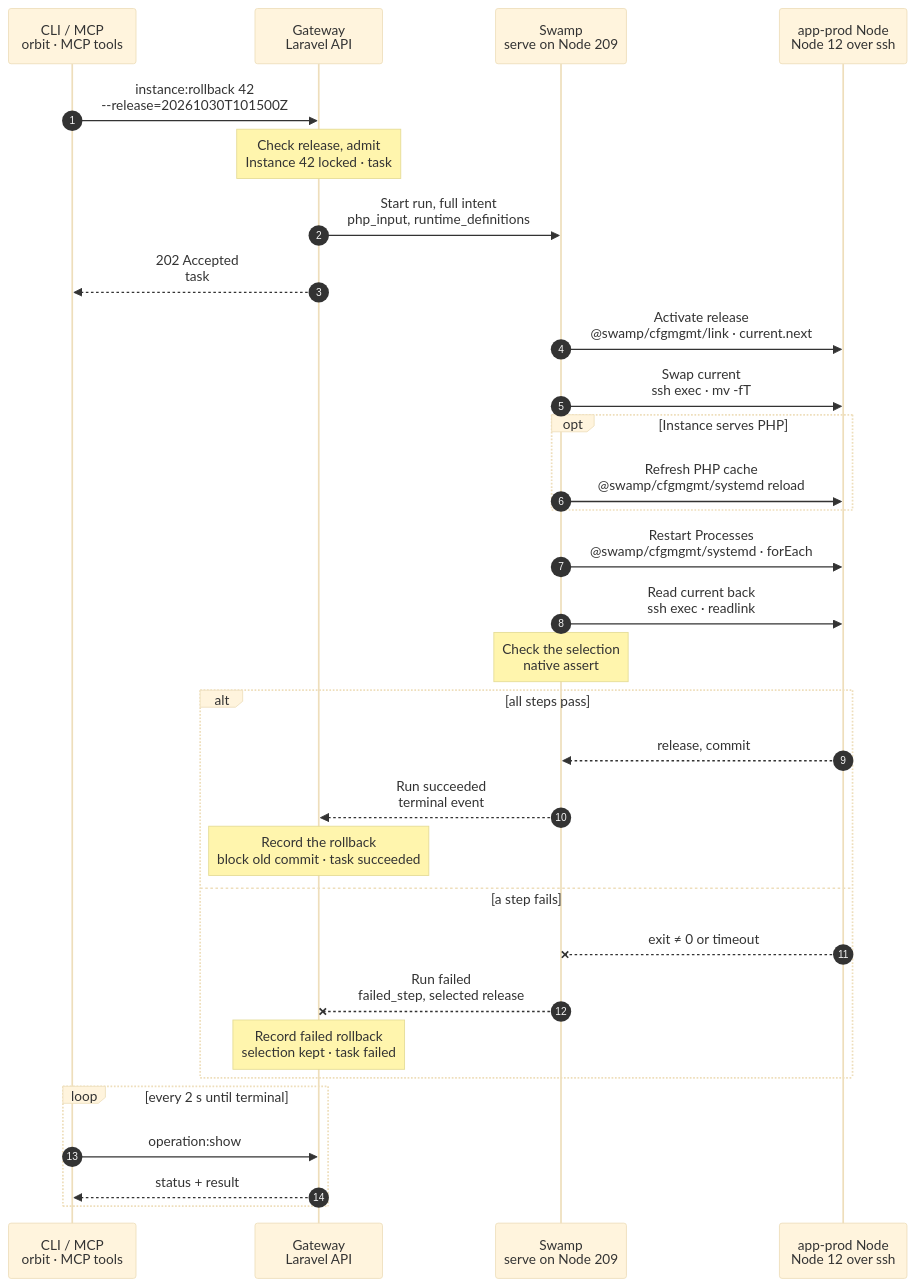
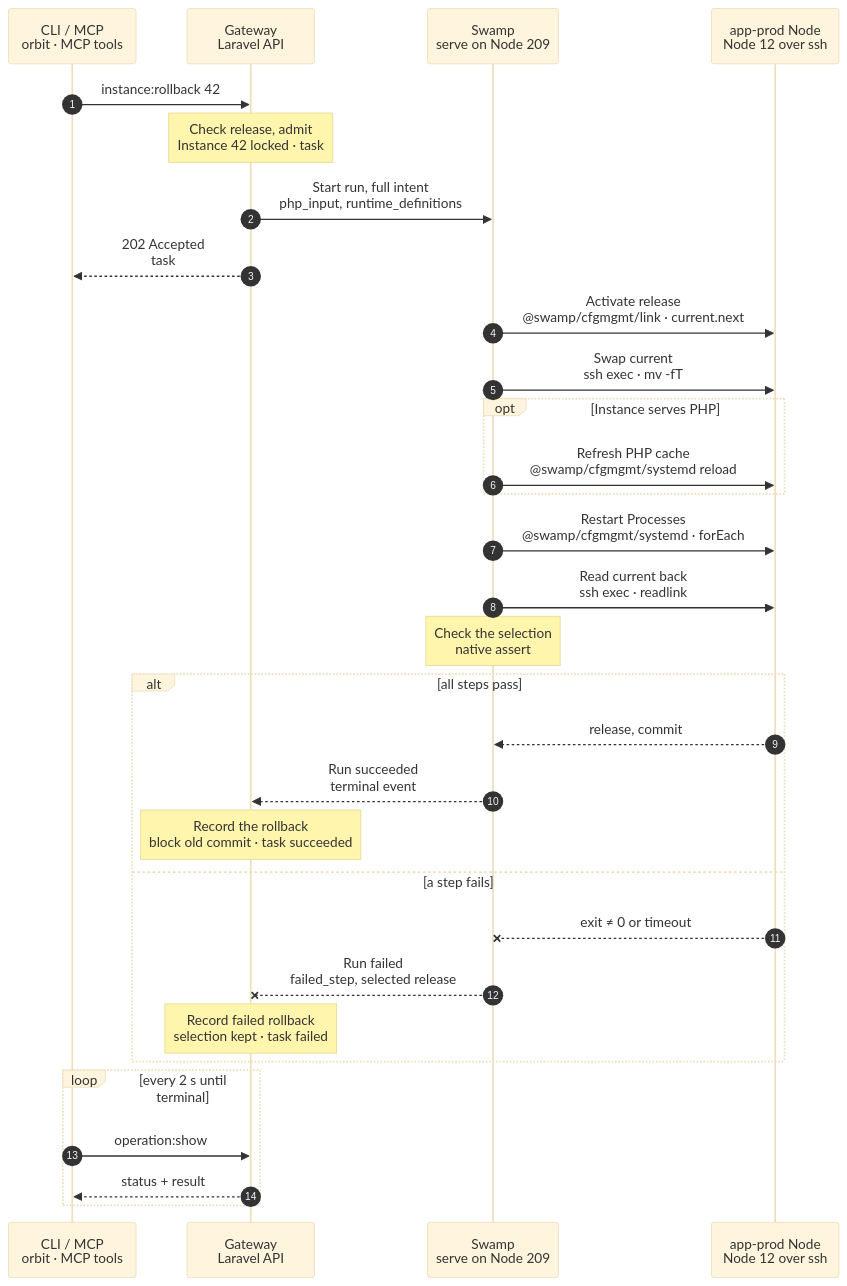
One commit to hardimpactdev/orbit changed the diagram in docs/cli/instance/rollback.mmd. Above: the diagram before and after it, drawn with Mermaid (base theme). The commit also changed 11 other files, not shown here.

```diff
--- a/docs/cli/instance/rollback.mmd
+++ b/docs/cli/instance/rollback.mmd
@@ -1,131 +1,133 @@
 sequenceDiagram
   %% Target design: ADR 0244 task + full intent as inputs, single-swamp-node; DECISIONS 4 / R1-R4 (process.stop shape), round 2 (admit instead of refuse; php_input and runtime_definitions as inputs), 3 (rollback removes the auto-deploy schedule); rule 7 (reload over restart, restart_on_deploy only). docs/reference/deployments.md#roll-back.
   %% Tightened: flow-tighten 2026-11-02, rules 5, 16, 22 (no release read: the Gateway records retained releases and holds the Instance lock; cfgmgmt link/systemd).
   %% status: migrated
   %% command: instance:rollback
   %% kind: instance.rollback
   autonumber
   %% lane CLI icon=terminal pill=caller tone=gray
   %% lane GW icon=gateway pill=intent tone=blue
   %% lane SW icon=workflow pill=executes tone=green
   %% lane N icon=server pill=target tone=amber
   participant CLI as CLI / MCP<br/>orbit · MCP tools
   participant GW as Gateway<br/>Laravel API
   participant SW as Swamp<br/>serve on Node 209
   participant N as app-prod Node<br/>Node 12 over ssh
-  CLI->>GW: instance:rollback 42<br/>--release=20261030T101500Z
+  CLI->>GW: instance:rollback 42
   %%> Command:
   %%> - `orbit instance:rollback 42 --release=20261030T101500Z`
   %%> - syntax: `<instance> --release=NAME [--idempotency-key=KEY] [--json]`
   %%> Input:
   %%> - the Instance, and one retained release name from `instance:release:list 42`
   %%> Who can call it:
   %%> - the `orbit` CLI and the MCP tool send the same request
+  %%> Required input:
+  %%> - `--release=NAME` is mandatory; omission returns `deployment.release_required` before admission
   Note over GW: Check release, admit<br/>Instance 42 locked · task #5151
   %%> Requirements:
   %%> - your Node has an access grant to Node 12
   %%> - Instance 42 is a production Instance; else `deployment_config.unavailable`
   %%> - Instance 42 retains release `20261030T101500Z`; else `rollback.release_not_retained` and nothing changes
   %%> - no started operation holds Instance 42; else `operation.target_busy`
   %%> Wins over:
   %%> - a deploy that no worker has started; it ends `cancelled` with `operation.superseded`
   %%> Freezes:
   %%> - `php_input`: the PHP runtime and pool of Instance 42
   %%> - `runtime_definitions`: its Process and Schedule definitions
   %%> - the account `orbit-app-7` and its home
   %%> Result:
   %%> - deployment 89 recorded as a running rollback; task #5151 recorded with the full intent
   %%> - automatic deployment pauses, and its schedule is removed
   GW->>SW: Start run, full intent<br/>php_input, runtime_definitions
   %%> What it does:
   %%> - starts one run of `operation-instance-rollback` on Swamp serve (Node 209); every step runs there
   %%> Inputs:
   %%> - Node 12's address and SSH host keys; the SSH identity comes from the `swamp` role
   %%> - the release name, `php_input` and `runtime_definitions`
   %%> Not included:
   %%> - no GitHub token and no `.env`: a rollback fetches nothing and writes no environment
   %%> Budget:
   %%> - 900 s
   GW-->>CLI: 202 Accepted<br/>task #5151
   %%> What you get:
   %%> - the task number, at once
   %%> Next:
   %%> - the CLI follows the task until it ends
   SW->>N: Activate release<br/>@swamp/cfgmgmt/link · current.next
   %%> How:
   %%> - Swamp reaches Node 12 over `@swamp/ssh` from 209 with `@swamp/cfgmgmt/link`; nothing is copied to the Node
   %%> Why no read first:
   %%> - the Gateway's retained-release records come from deploy results, and Instance 42's lock keeps a deploy's cleanup from removing the release meanwhile
   %%> What it does:
   %%> - adds each served application's missing `.env` link in the release
   %%> - writes `current.next`, owned by `orbit-app-7`, pointing at `releases/20261030T101500Z`
   %%> When a link fails:
   %%> - `current.next` is not written, and `current` keeps the old release
   SW->>N: Swap current<br/>ssh exec · mv -fT
   %%> What it does:
   %%> - renames `current.next` over `current` with one atomic rename, so `current` always exists
   %%> - the link keeps its owner
   %%> Cancel:
   %%> - a cancel before this step stops the rollback; after it, the rollback finishes
   opt Instance serves PHP
     SW->>N: Refresh PHP cache<br/>@swamp/cfgmgmt/systemd reload
     %%> What it does:
     %%> - converges the dedicated PHP-FPM pool from `php_input`
     %%> - reloads it gracefully, so running requests finish; then resets OPcache and waits for it
     %%> When a restart is needed:
     %%> - only when the pool's runtime itself differs, such as the PHP version
   end
   SW->>N: Restart Processes<br/>@swamp/cfgmgmt/systemd · forEach
   %%> What it does:
   %%> - installs `runtime_definitions`, in the `process.create` and `schedule.create` shape
   %%> - for each running Process with `restart_on_deploy`: reload when the Process allows it, else restart
   %%> Not included:
   %%> - Processes without `restart_on_deploy`, and stopped Processes, stay as they are
   %%> - no deploy step, no Git fetch, no database change
   SW->>N: Read current back<br/>ssh exec · readlink
   %%> What it does:
   %%> - reads the live `current` link on Node 12
   Note over SW: Check the selection<br/>native assert
   %%> What it does:
   %%> - checks the link read back is `releases/20261030T101500Z`
   %%> - each restarted Process was checked by its own restart
   alt all steps pass
     N-->>SW: release, commit
     %%> Returns:
     %%> - the selected release, its commit, and the restarted Processes
     SW-->>GW: Run succeeded<br/>terminal event
     %%> How the Gateway learns it:
     %%> - its shared run reader sees the terminal event; Swamp never calls the Gateway
     Note over GW: Record the rollback<br/>block old commit · task succeeded
     %%> Result:
     %%> - deployment 89 succeeds with the release and its commit
     %%> - the commit it moved away from is blocked for automatic deploys
     %%> - automatic deployment stays paused until `instance:auto-deploy:enable 42`
     %%> - task #5151 succeeds
   else a step fails
     N--xSW: exit ≠ 0 or timeout
     %%> When:
     %%> - the release is gone, a check or reload fails, SSH fails, or 900 s run out
     SW--xGW: Run failed<br/>failed_step, selected release
     %%> The Gateway reads:
     %%> - which step failed and its error code
     %%> - which release `current` selects now
     Note over GW: Record failed rollback<br/>selection kept · task failed
     %%> Result:
     %%> - deployment 89 is marked failed; task #5151 fails
     %%> - the old commit is still blocked, and automatic deployment stays paused
     %%> On the Node:
     %%> - a failure before activation keeps the old selection
     %%> - a failure after it keeps the rollback release selected
     %%> - Orbit restores no data; you own application recovery
     %%> Retry:
     %%> - run the same command again after a fix; it is a new task and safe to repeat
   end
   loop every 2 s until terminal
     CLI->>GW: operation:show #5151
     %%> What it does:
     %%> - asks for the task's status until it has ended
     GW-->>CLI: status + result
     %%> Returns:
     %%> - the current status, and the result once the task has ended
   end
```
